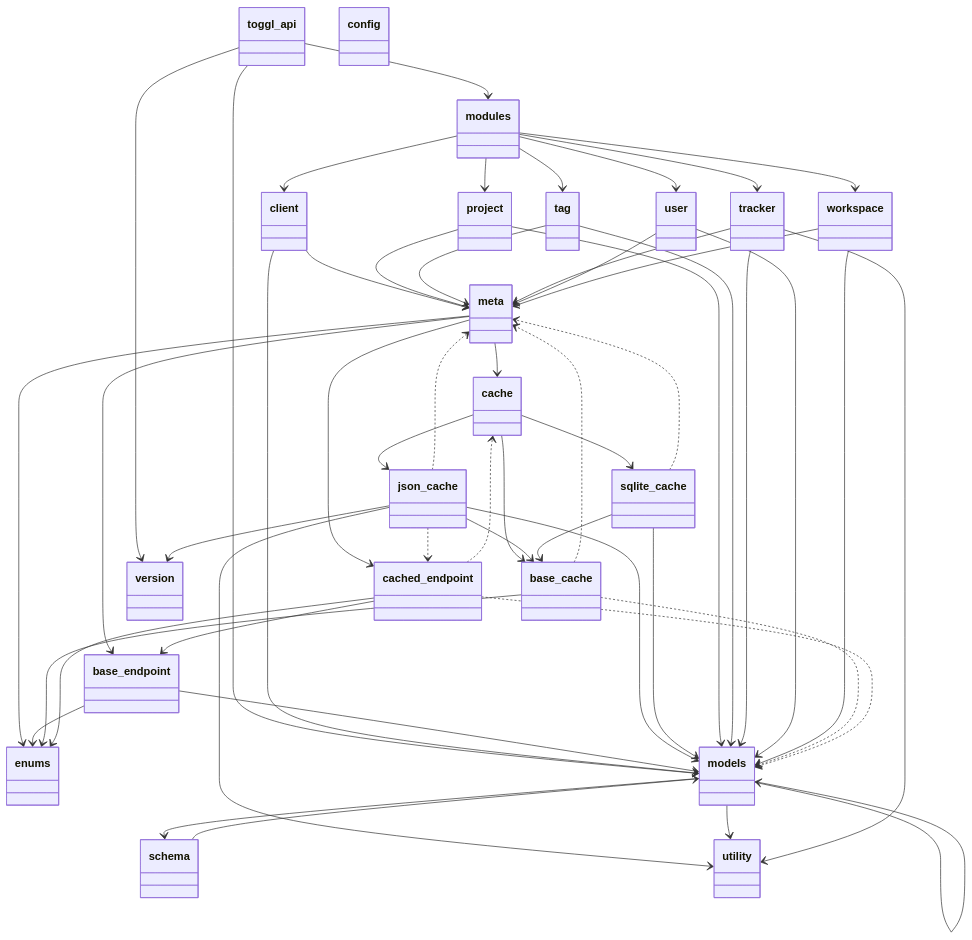
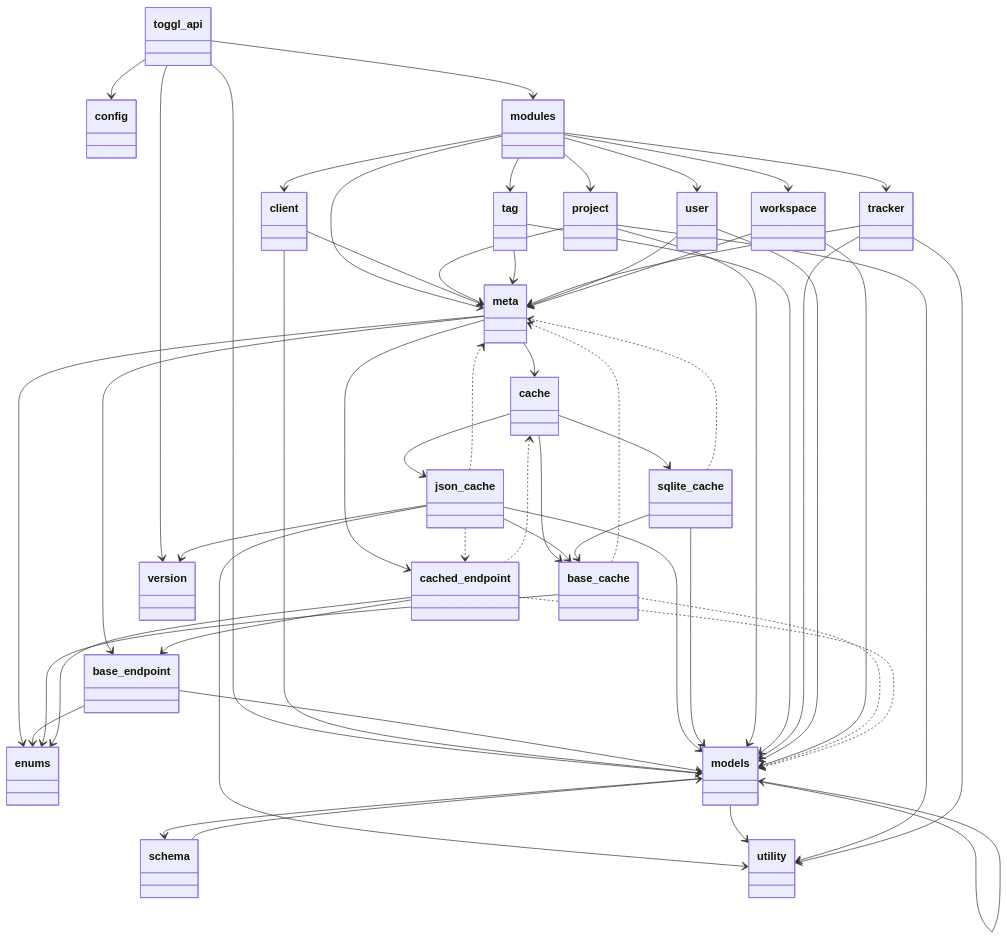
Before and after one commit to ddkasa/toggl-api-wrapper: the diagram in docs/static/mermaid/packages.mmd, drawn with Mermaid. The commit also changed 22 other files, not shown here.

```diff
--- a/docs/static/mermaid/packages.mmd
+++ b/docs/static/mermaid/packages.mmd
@@ -1,96 +1,99 @@
 classDiagram
   class toggl_api {
   }
   class config {
   }
   class modules {
   }
   class client {
   }
   class meta {
   }
   class base_endpoint {
   }
   class cache {
   }
   class base_cache {
   }
   class json_cache {
   }
   class sqlite_cache {
   }
   class cached_endpoint {
   }
   class enums {
   }
   class models {
   }
   class models {
   }
   class schema {
   }
   class project {
   }
   class tag {
   }
   class tracker {
   }
   class user {
   }
   class workspace {
   }
   class utility {
   }
   class version {
   }
+  toggl_api --> config
   toggl_api --> modules
   toggl_api --> models
   toggl_api --> version
   modules --> client
+  modules --> meta
   modules --> project
   modules --> tag
   modules --> tracker
   modules --> user
   modules --> workspace
   client --> meta
   client --> models
   meta --> base_endpoint
   meta --> cache
   meta --> cached_endpoint
   meta --> enums
   base_endpoint --> enums
   base_endpoint --> models
   cache --> base_cache
   cache --> json_cache
   cache --> sqlite_cache
   base_cache --> enums
   json_cache --> base_cache
   json_cache --> models
   json_cache --> utility
   json_cache --> version
   sqlite_cache --> base_cache
   sqlite_cache --> models
   cached_endpoint --> base_endpoint
   cached_endpoint --> enums
   models --> models
   models --> schema
   models --> utility
   schema --> models
   project --> meta
   project --> models
+  project --> utility
   tag --> meta
   tag --> models
   tracker --> meta
   tracker --> models
   tracker --> utility
   user --> meta
   user --> models
   workspace --> meta
   workspace --> models
   base_cache ..> meta
   base_cache ..> models
   json_cache ..> meta
   json_cache ..> cached_endpoint
   sqlite_cache ..> meta
   cached_endpoint ..> cache
   cached_endpoint ..> models
```
